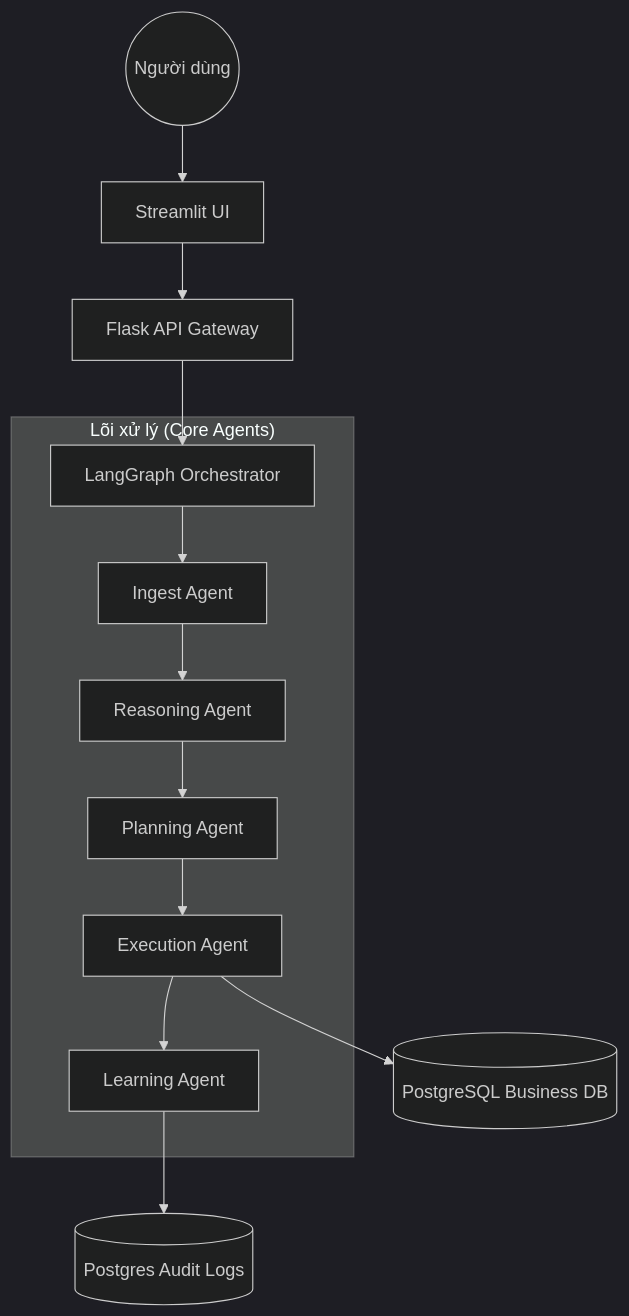
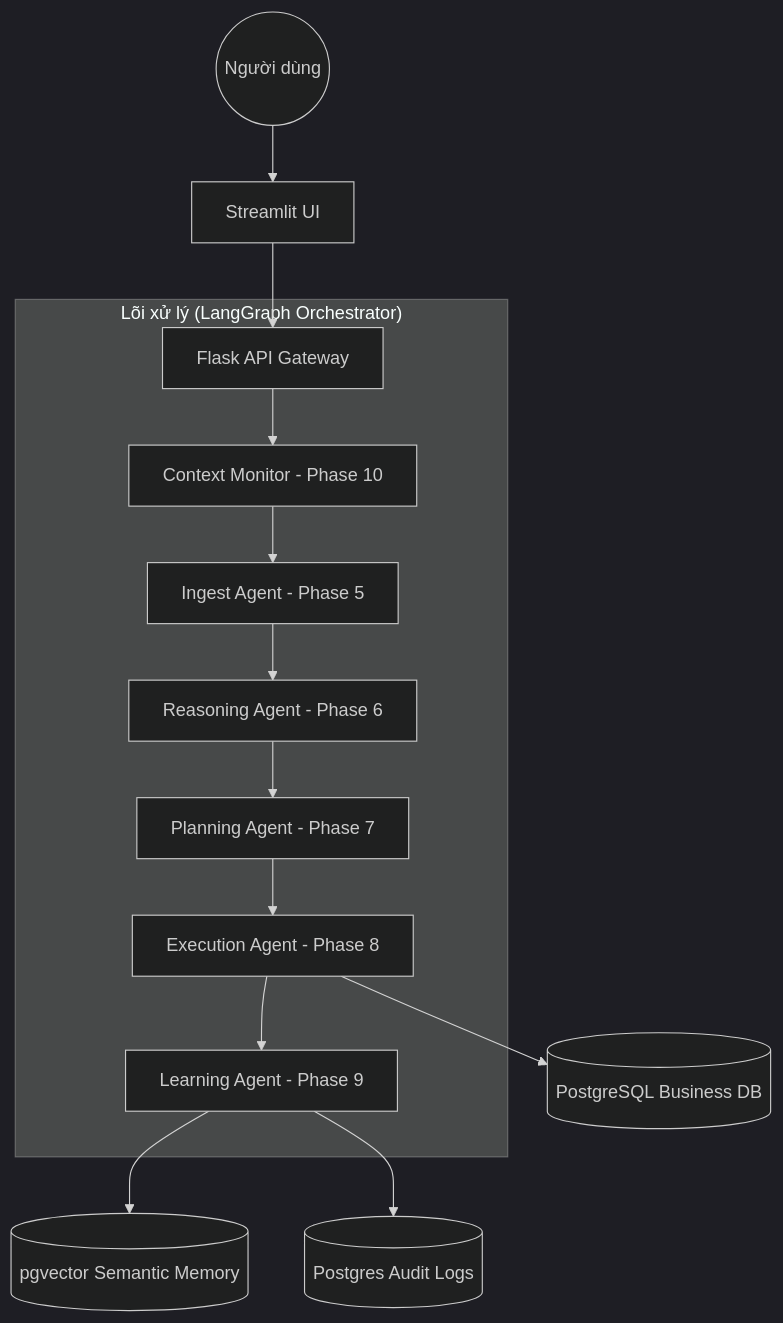
One commit to phunhph/agentic_ai_v2 changed the first of 2 diagrams in docs/architecture_flow.md. Above: the diagram before and after it, drawn with Mermaid (dark theme). The commit also changed other lines of this file, not shown here.

````diff
--- a/docs/architecture_flow.md
+++ b/docs/architecture_flow.md
@@ -7,17 +7,18 @@
 ```mermaid
 graph TD
     User((Người dùng)) --> Streamlit[Streamlit UI]
     Streamlit --> Flask[Flask API Gateway]
-    Flask --> LangGraph[LangGraph Orchestrator]
     
-    subgraph "Lõi xử lý (Core Agents)"
-        LangGraph --> Ingest[Ingest Agent]
-        Ingest --> Reasoning[Reasoning Agent]
-        Reasoning --> Planning[Planning Agent]
-        Planning --> Execution[Execution Agent]
-        Execution --> Learning[Learning Agent]
+    subgraph "Lõi xử lý (LangGraph Orchestrator)"
+        Flask --> CM[Context Monitor - Phase 10]
+        CM --> Ingest[Ingest Agent - Phase 5]
+        Ingest --> Reasoning[Reasoning Agent - Phase 6]
+        Reasoning --> Planning[Planning Agent - Phase 7]
+        Planning --> Execution[Execution Agent - Phase 8]
+        Execution --> Learning[Learning Agent - Phase 9]
     end
     
     Execution --> Postgres[(PostgreSQL Business DB)]
+    Learning --> Vector[(pgvector Semantic Memory)]
     Learning --> Audit[(Postgres Audit Logs)]
 ```
````
